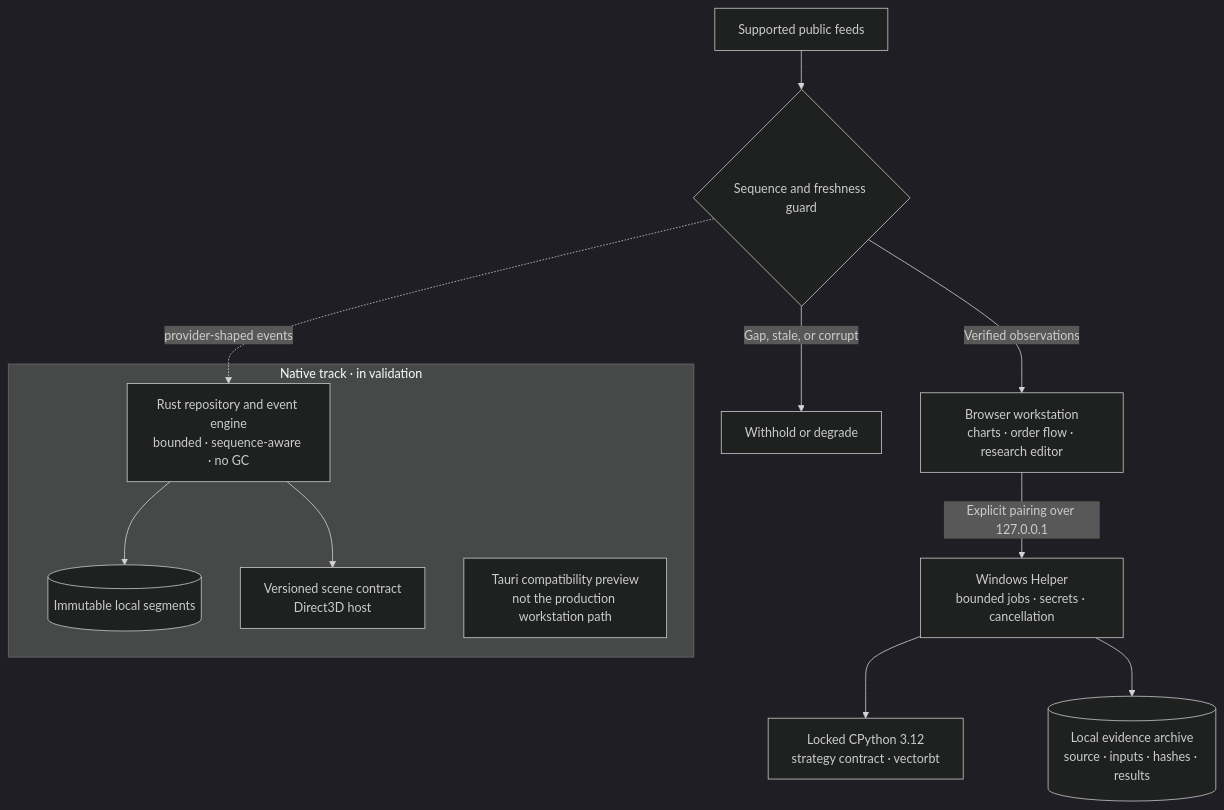
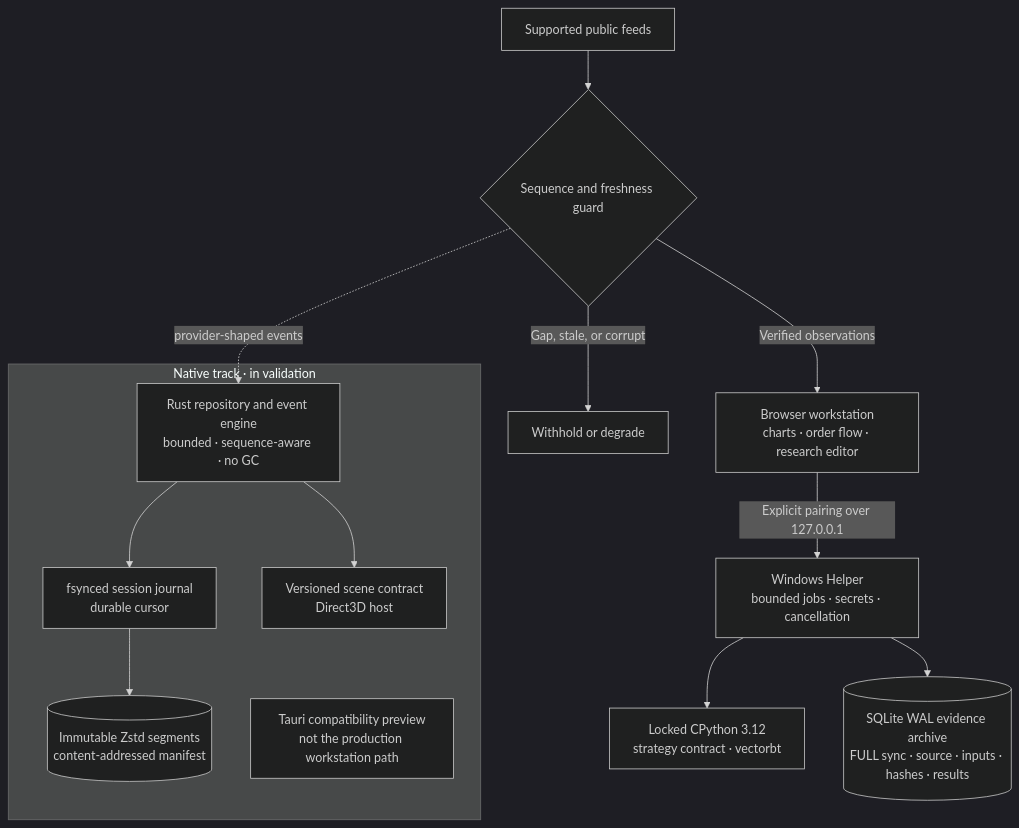
The diagram in README.md (zephyriaa/zterminal), drawn with Mermaid (dark theme) before and after one commit. The commit also changed other lines of this file, not shown here.

Commit message:
docs: sharpen README integrity narrative

````diff
--- a/README.md
+++ b/README.md
@@ -127,17 +129,18 @@
 ```mermaid
 flowchart TB
     F[Supported public feeds] --> G{Sequence and freshness guard}
     G -->|Verified observations| W[Browser workstation<br/>charts · order flow · research editor]
     G -->|Gap, stale, or corrupt| X[Withhold or degrade]
     W -->|Explicit pairing over 127.0.0.1| H[Windows Helper<br/>bounded jobs · secrets · cancellation]
     H --> P[Locked CPython 3.12<br/>strategy contract · vectorbt]
-    H --> A[(Local evidence archive<br/>source · inputs · hashes · results)]
+    H --> A[(SQLite WAL evidence archive<br/>FULL sync · source · inputs · hashes · results)]
 
     subgraph Native_Track[Native track · in validation]
-        E[Rust repository and event engine<br/>bounded · sequence-aware · no GC] --> S[(Immutable local segments)]
+        E[Rust repository and event engine<br/>bounded · sequence-aware · no GC] --> J[fsynced session journal<br/>durable cursor]
+        J --> S[(Immutable Zstd segments<br/>content-addressed manifest)]
         E --> D[Versioned scene contract<br/>Direct3D host]
         T[Tauri compatibility preview<br/>not the production workstation path]
     end
 
     G -. provider-shaped events .-> E
 ```
````
